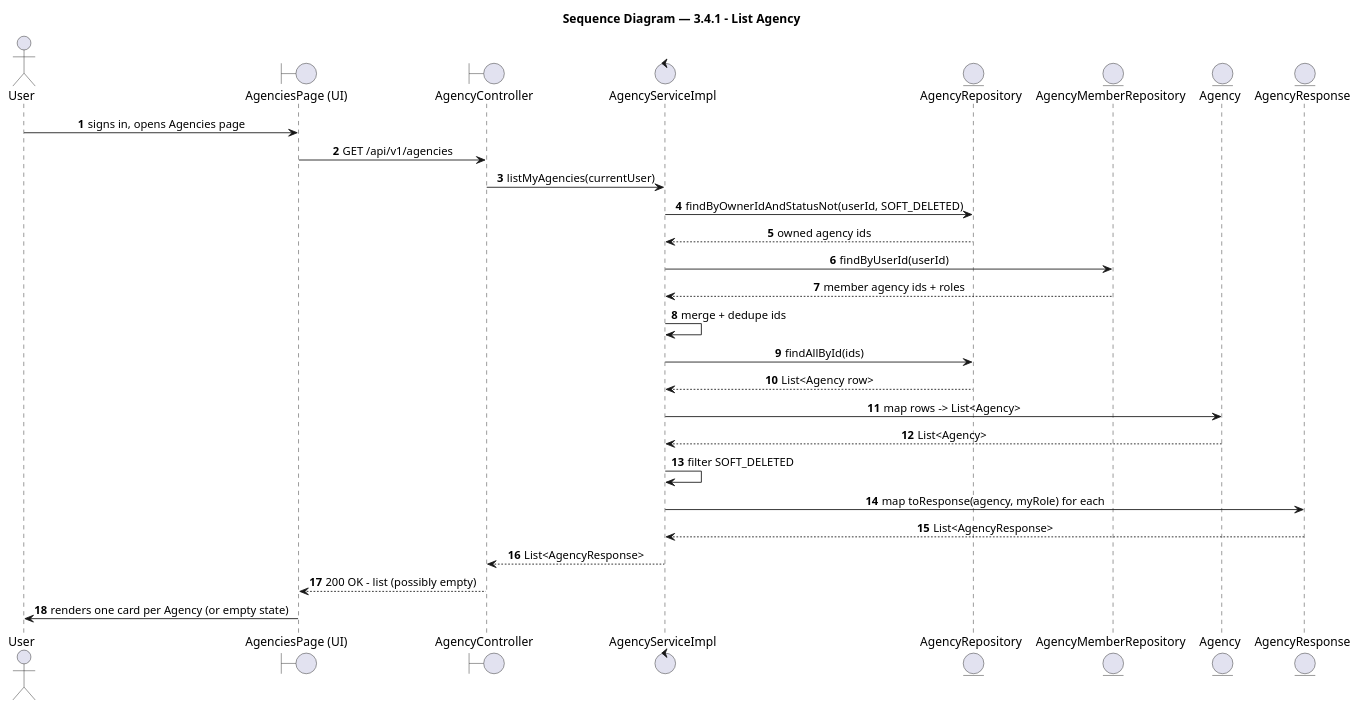
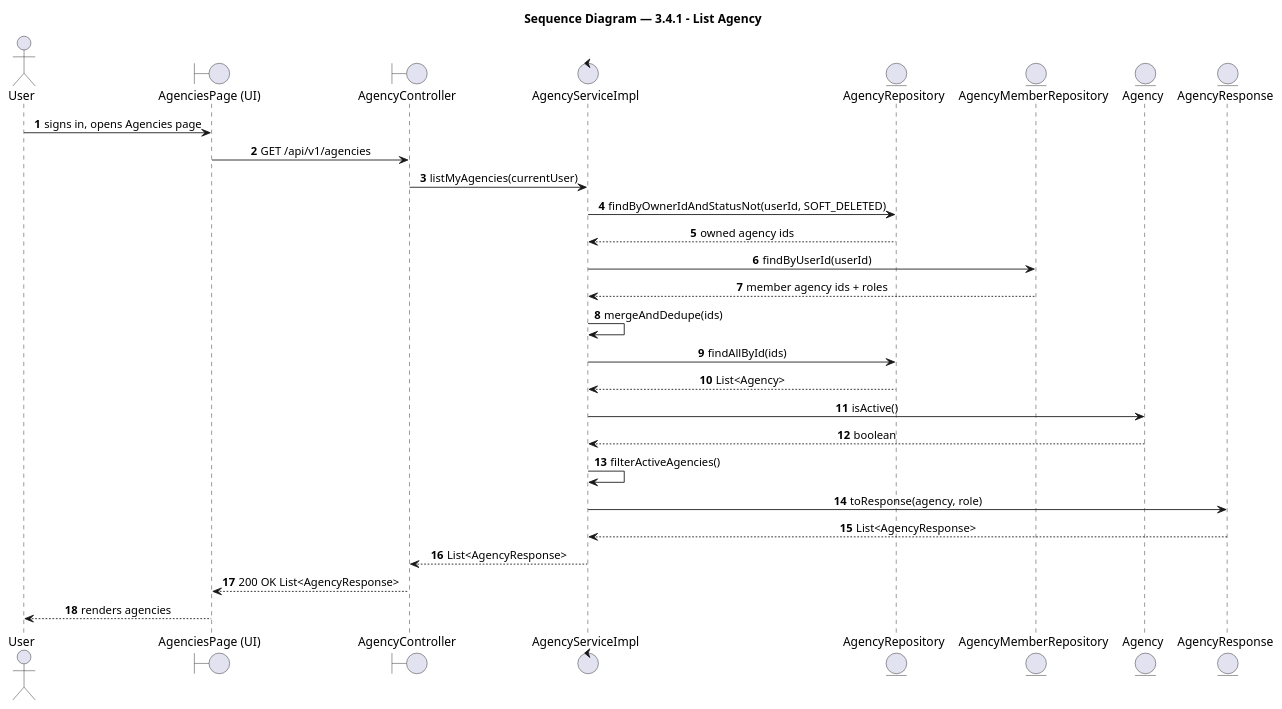
The diagram in docs/feature/agency-workspace/3-4-1-list-agency/report4_sequence.puml (BrandHubOrganization/brandhub-infrastructure), drawn with PlantUML before and after one commit. The commit also changed 33 other files, not shown here.

Commit message:
docs: add PlantUML sequence diagrams and class diagrams for agency workspace and profile features

```diff
--- a/docs/feature/agency-workspace/3-4-1-list-agency/report4_sequence.puml
+++ b/docs/feature/agency-workspace/3-4-1-list-agency/report4_sequence.puml
@@ -1,40 +1,40 @@
 @startuml 3.4.1 - List Agency
 title Sequence Diagram — 3.4.1 - List Agency
 
 autonumber
 skinparam shadowing false
 skinparam sequenceMessageAlign center
 skinparam BoxPadding 10
 skinparam ParticipantPadding 10
 
 ' === Participants ===
 actor "User" as user
 boundary "AgenciesPage (UI)" as agenciespage_ui
 boundary "AgencyController" as agencycontroller
 control "AgencyServiceImpl" as agencyserviceimpl
 entity "AgencyRepository" as agencyrepository
 entity "AgencyMemberRepository" as agencymemberrepository
 entity "Agency" as agency
 entity "AgencyResponse" as agencyresponse
 
 ' === Flow ===
 user -> agenciespage_ui: signs in, opens Agencies page
 agenciespage_ui -> agencycontroller: GET /api/v1/agencies
 agencycontroller -> agencyserviceimpl: listMyAgencies(currentUser)
 agencyserviceimpl -> agencyrepository: findByOwnerIdAndStatusNot(userId, SOFT_DELETED)
 agencyrepository --> agencyserviceimpl: owned agency ids
 agencyserviceimpl -> agencymemberrepository: findByUserId(userId)
 agencymemberrepository --> agencyserviceimpl: member agency ids + roles
-agencyserviceimpl -> agencyserviceimpl: merge + dedupe ids
+agencyserviceimpl -> agencyserviceimpl: mergeAndDedupe(ids)
 agencyserviceimpl -> agencyrepository: findAllById(ids)
-agencyrepository --> agencyserviceimpl: List<Agency row>
-agencyserviceimpl -> agency: map rows -> List<Agency>
-agency --> agencyserviceimpl: List<Agency>
-agencyserviceimpl -> agencyserviceimpl: filter SOFT_DELETED
-agencyserviceimpl -> agencyresponse: map toResponse(agency, myRole) for each
+agencyrepository --> agencyserviceimpl: List<Agency>
+agencyserviceimpl -> agency: isActive()
+agency --> agencyserviceimpl: boolean
+agencyserviceimpl -> agencyserviceimpl: filterActiveAgencies()
+agencyserviceimpl -> agencyresponse: toResponse(agency, role)
 agencyresponse --> agencyserviceimpl: List<AgencyResponse>
 agencyserviceimpl --> agencycontroller: List<AgencyResponse>
-agencycontroller --> agenciespage_ui: 200 OK - list (possibly empty)
-agenciespage_ui -> user: renders one card per Agency (or empty state)
+agencycontroller --> agenciespage_ui: 200 OK List<AgencyResponse>
+agenciespage_ui --> user: renders agencies
 
 @enduml
```
